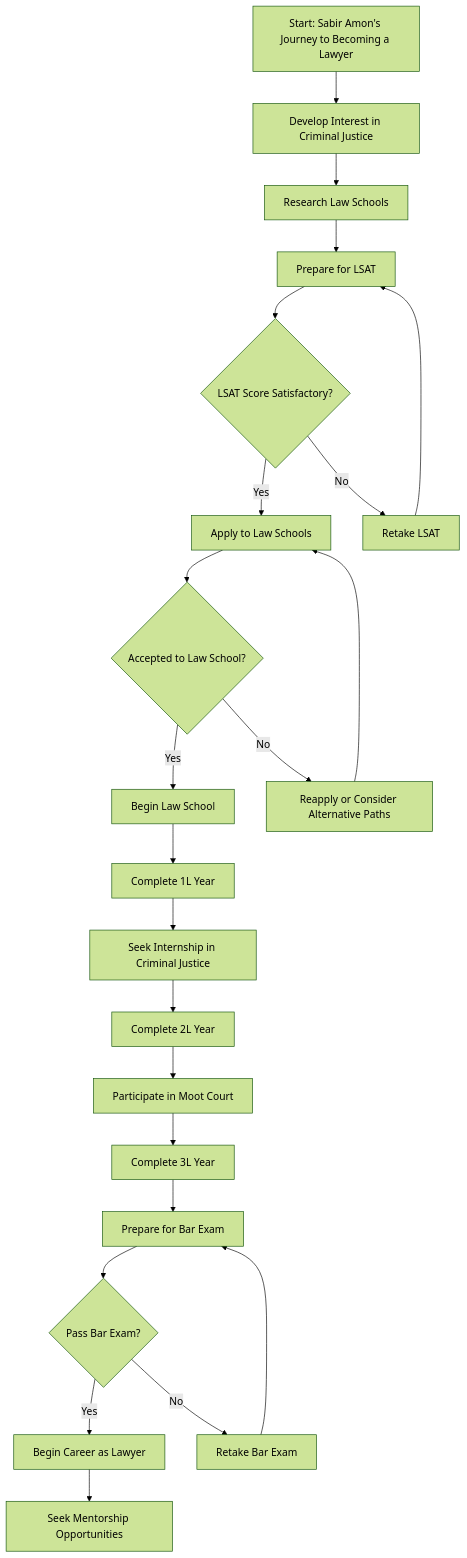
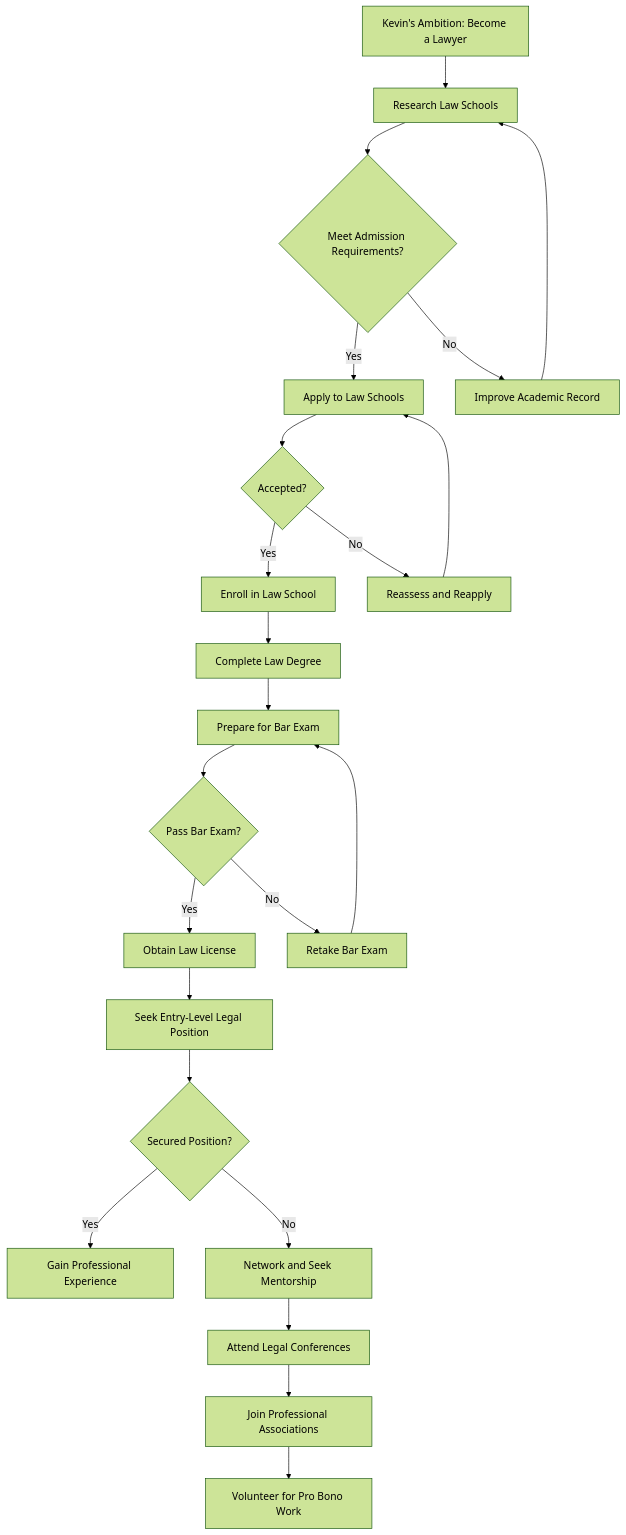
The diagram in server/flowchart.mmd (NickS294/SH2024-Roadie), drawn with Mermaid (forest theme) before and after one commit. The commit also changed 3 other files, not shown here.

````diff
--- a/server/flowchart.mmd
+++ b/server/flowchart.mmd
@@ -1,25 +1,25 @@
 ```mermaid
 graph TD
-    A[Start: Sabir Amon's Journey to Becoming a Lawyer] --> B[Develop Interest in Criminal Justice]
-    B --> C[Research Law Schools]
-    C --> D[Prepare for LSAT]
-    D --> E{LSAT Score Satisfactory?}
-    E -->|Yes| F[Apply to Law Schools]
-    E -->|No| G[Retake LSAT]
-    G --> D
-    F --> H{Accepted to Law School?}
-    H -->|Yes| I[Begin Law School]
-    H -->|No| J[Reapply or Consider Alternative Paths]
-    J --> F
-    I --> K[Complete 1L Year]
-    K --> L[Seek Internship in Criminal Justice]
-    L --> M[Complete 2L Year]
-    M --> N[Participate in Moot Court]
-    N --> O[Complete 3L Year]
-    O --> P[Prepare for Bar Exam]
-    P --> Q{Pass Bar Exam?}
-    Q -->|Yes| R[Begin Career as Lawyer]
-    Q -->|No| S[Retake Bar Exam]
-    S --> P
-    R --> T[Seek Mentorship Opportunities]
+    A[Kevin's Ambition: Become a Lawyer] --> B[Research Law Schools]
+    B --> C{Meet Admission Requirements?}
+    C -->|Yes| D[Apply to Law Schools]
+    C -->|No| E[Improve Academic Record]
+    E --> B
+    D --> F{Accepted?}
+    F -->|Yes| G[Enroll in Law School]
+    F -->|No| H[Reassess and Reapply]
+    H --> D
+    G --> I[Complete Law Degree]
+    I --> J[Prepare for Bar Exam]
+    J --> K{Pass Bar Exam?}
+    K -->|Yes| L[Obtain Law License]
+    K -->|No| M[Retake Bar Exam]
+    M --> J
+    L --> N[Seek Entry-Level Legal Position]
+    N --> O{Secured Position?}
+    O -->|Yes| P[Gain Professional Experience]
+    O -->|No| Q[Network and Seek Mentorship]
+    Q --> R[Attend Legal Conferences]
+    R --> S[Join Professional Associations]
+    S --> T[Volunteer for Pro Bono Work]
 ```
````
